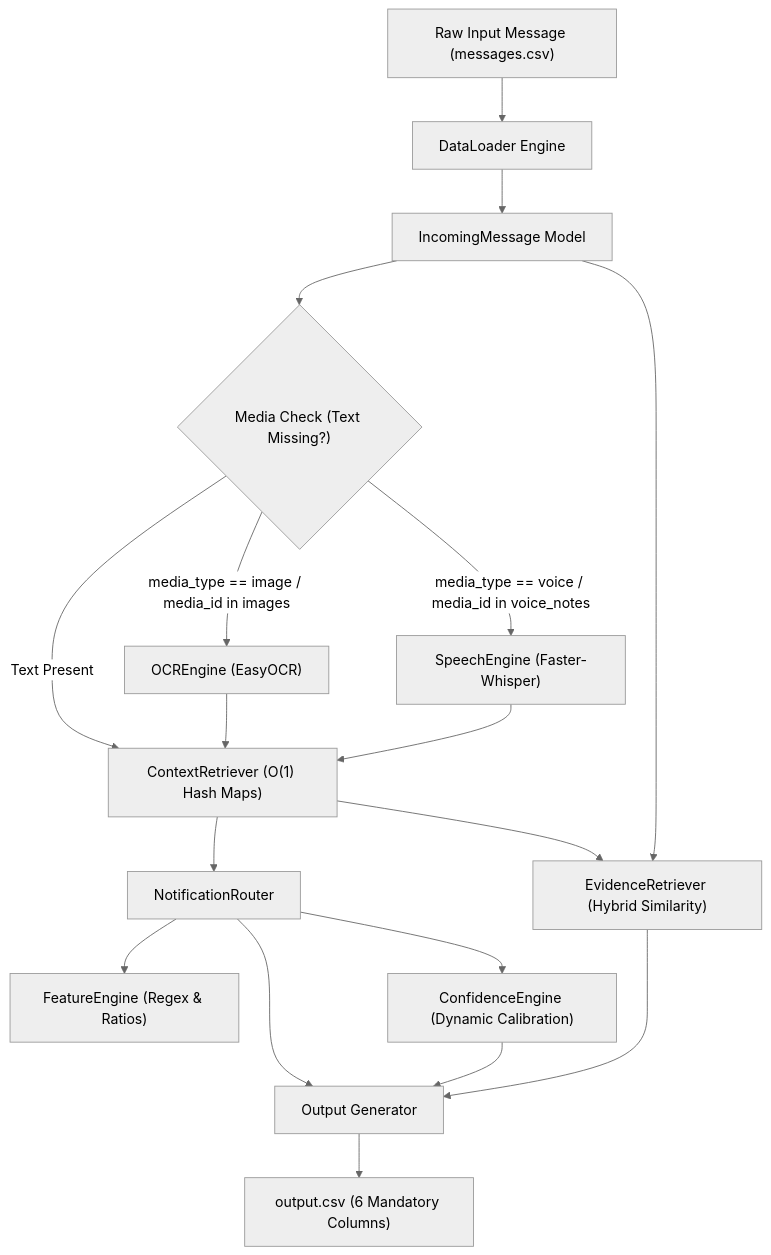
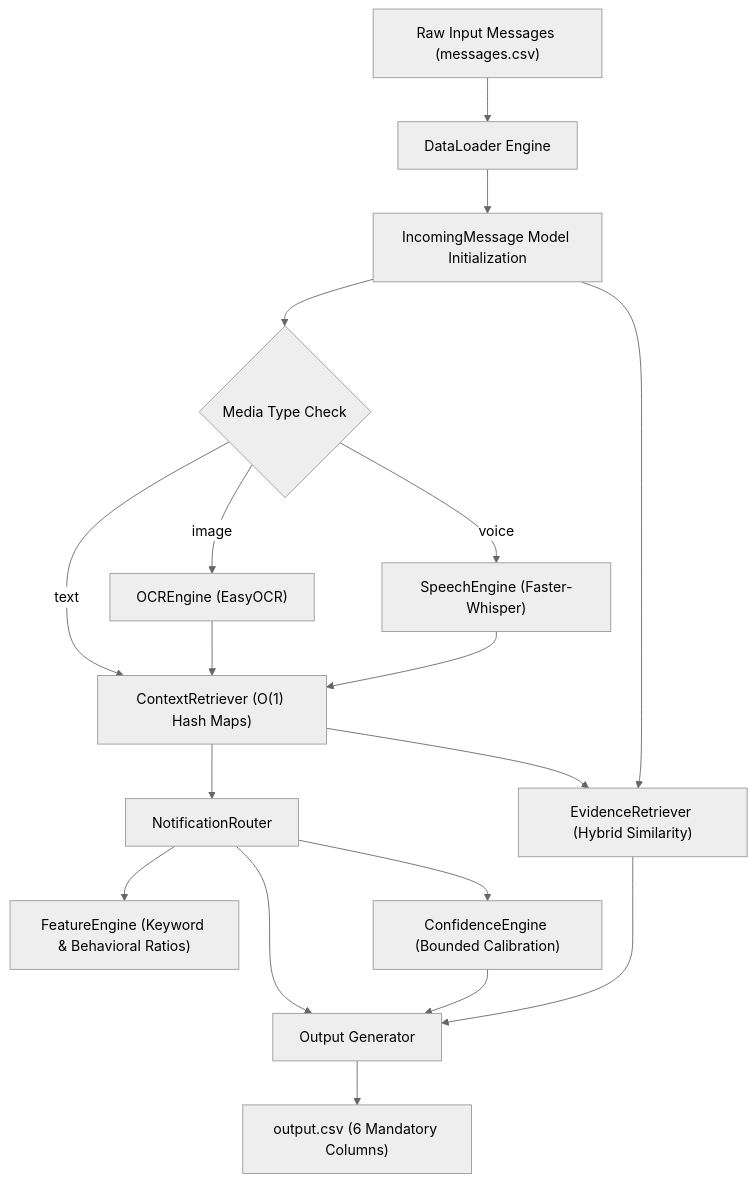
One commit to Amitgupta0001/PulseRoute-AI changed the diagram in README.md. Above: the diagram before and after it, drawn with Mermaid (neutral theme). The commit also changed other lines of this file, not shown here.

````diff
--- a/README.md
+++ b/README.md
@@ -40,21 +78,21 @@
 ```mermaid
 graph TD
-    A["Raw Input Message (messages.csv)"] --> B["DataLoader Engine"]
-    B --> C["IncomingMessage Model"]
+    A["Raw Input Messages (messages.csv)"] --> B["DataLoader Engine"]
+    B --> C["IncomingMessage Model Initialization"]
     
-    C --> D{"Media Check (Text Missing?)"}
-    D -- "media_type == image / media_id in images" --> E["OCREngine (EasyOCR)"]
-    D -- "media_type == voice / media_id in voice_notes" --> F["SpeechEngine (Faster-Whisper)"]
-    D -- "Text Present" --> G["ContextRetriever (O(1) Hash Maps)"]
+    C --> D{"Media Type Check"}
+    D -- "image" --> E["OCREngine (EasyOCR)"]
+    D -- "voice" --> F["SpeechEngine (Faster-Whisper)"]
+    D -- "text" --> G["ContextRetriever (O(1) Hash Maps)"]
     E --> G
     F --> G
     
     G --> H["NotificationRouter"]
-    H --> I["FeatureEngine (Regex & Ratios)"]
-    H --> J["ConfidenceEngine (Dynamic Calibration)"]
+    H --> I["FeatureEngine (Keyword & Behavioral Ratios)"]
+    H --> J["ConfidenceEngine (Bounded Calibration)"]
     
     G & C --> K["EvidenceRetriever (Hybrid Similarity)"]
     
     H & J & K --> L["Output Generator"]
     L --> M["output.csv (6 Mandatory Columns)"]
 ```
````
